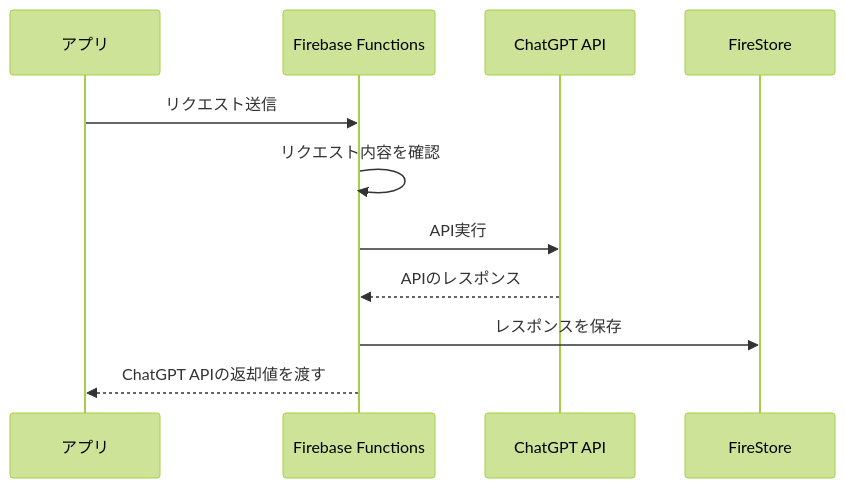
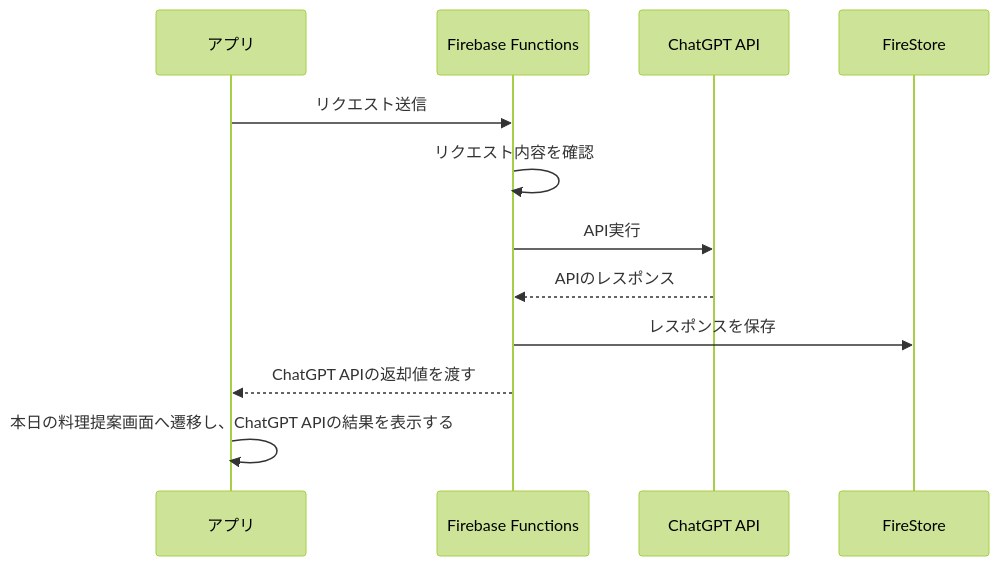
One commit to shuuuu10-01/chat-chef changed the diagram in README.md. Above: the diagram before and after it, drawn with Mermaid (forest theme). The commit also changed other lines of this file, not shown here.

````diff
--- a/README.md
+++ b/README.md
@@ -25,14 +23,15 @@
 ```mermaid
 sequenceDiagram
     participant アプリ
     participant Firebase Functions
     participant ChatGPT API
     participant FireStore
 
     アプリ->>Firebase Functions: リクエスト送信
     Firebase Functions->>Firebase Functions: リクエスト内容を確認
     Firebase Functions->>ChatGPT API: API実行
     ChatGPT API-->>Firebase Functions: APIのレスポンス
     Firebase Functions->>FireStore: レスポンスを保存
     Firebase Functions-->>アプリ: ChatGPT APIの返却値を渡す
+    アプリ->>アプリ: 本日の料理提案画面へ遷移し、ChatGPT APIの結果を表示する
 ```
````
